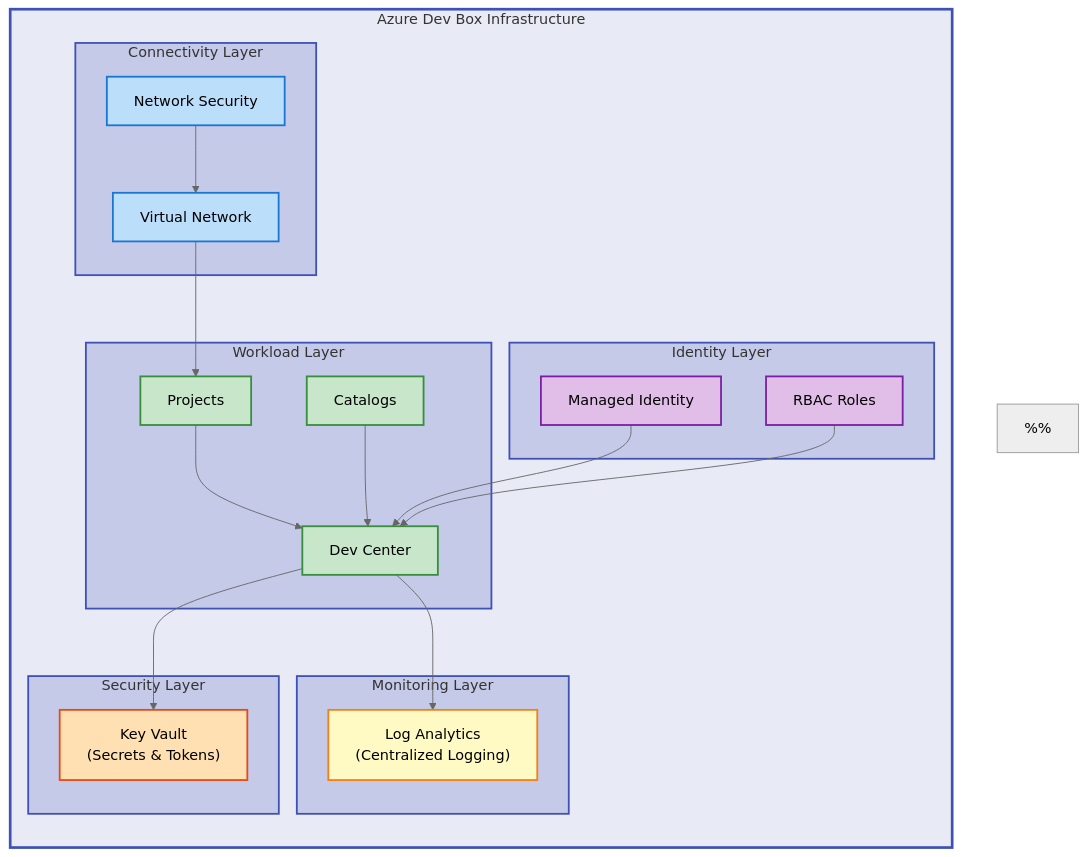
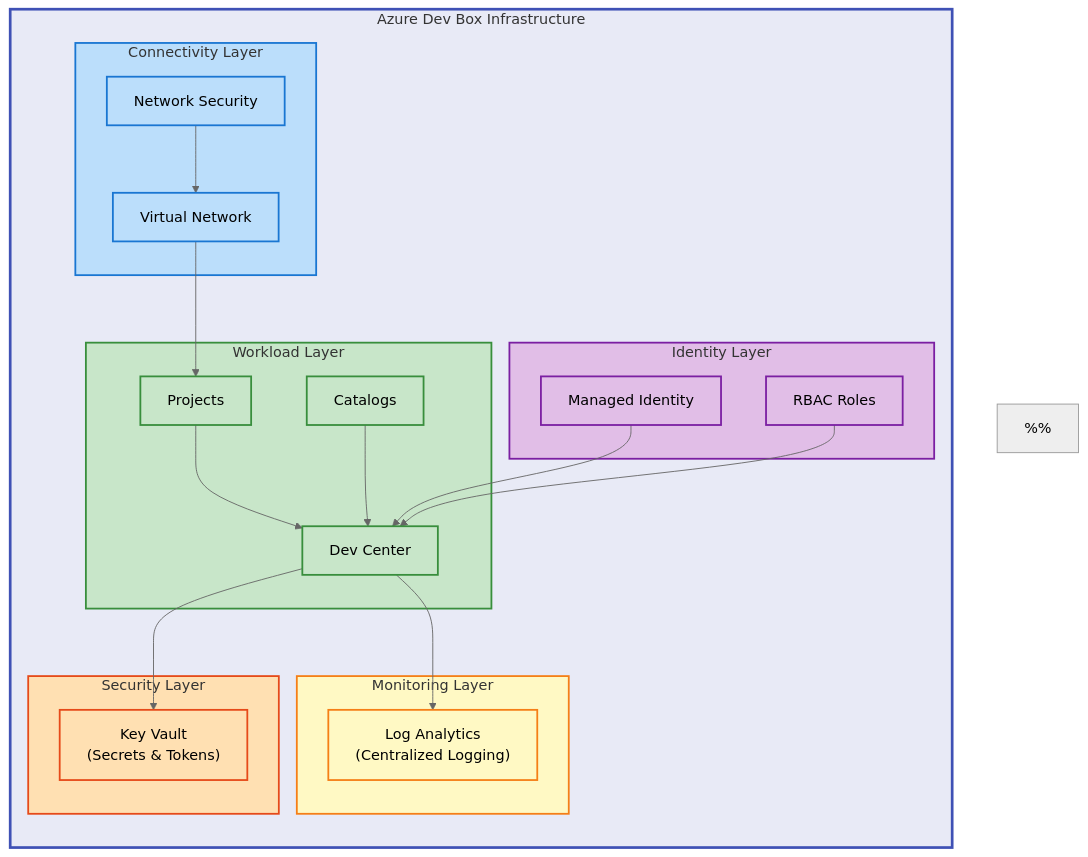
Before and after one commit to Evilazaro/DevExp-DevBox: the diagram in README.md, drawn with Mermaid (neutral theme).

Commit message:
Update architecture diagram colors in README.md for improved visual clarity

````diff
--- a/README.md
+++ b/README.md
@@ -147,9 +147,9 @@
 
     %% Apply hierarchical styling (MANDATORY for nested subgraphs)
     style system fill:#E8EAF6,stroke:#3F51B5,stroke-width:3px
-    style security fill:#C5CAE9,stroke:#3F51B5,stroke-width:2px
-    style monitoring fill:#C5CAE9,stroke:#3F51B5,stroke-width:2px
-    style workload fill:#C5CAE9,stroke:#3F51B5,stroke-width:2px
-    style identity fill:#C5CAE9,stroke:#3F51B5,stroke-width:2px
-    style connectivity fill:#C5CAE9,stroke:#3F51B5,stroke-width:2px
+    style security fill:#FFE0B2,stroke:#E64A19,stroke-width:2px
+    style monitoring fill:#FFF9C4,stroke:#F57F17,stroke-width:2px
+    style workload fill:#C8E6C9,stroke:#388E3C,stroke-width:2px
+    style identity fill:#E1BEE7,stroke:#7B1FA2,stroke-width:2px
+    style connectivity fill:#BBDEFB,stroke:#1976D2,stroke-width:2px
 ```
````
